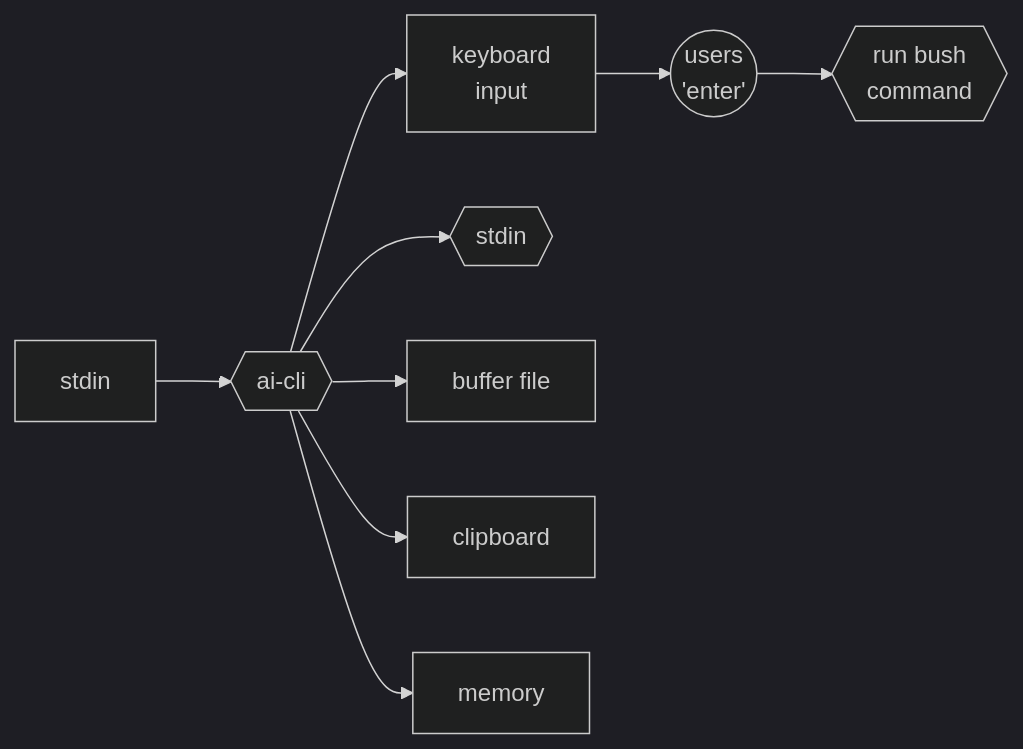
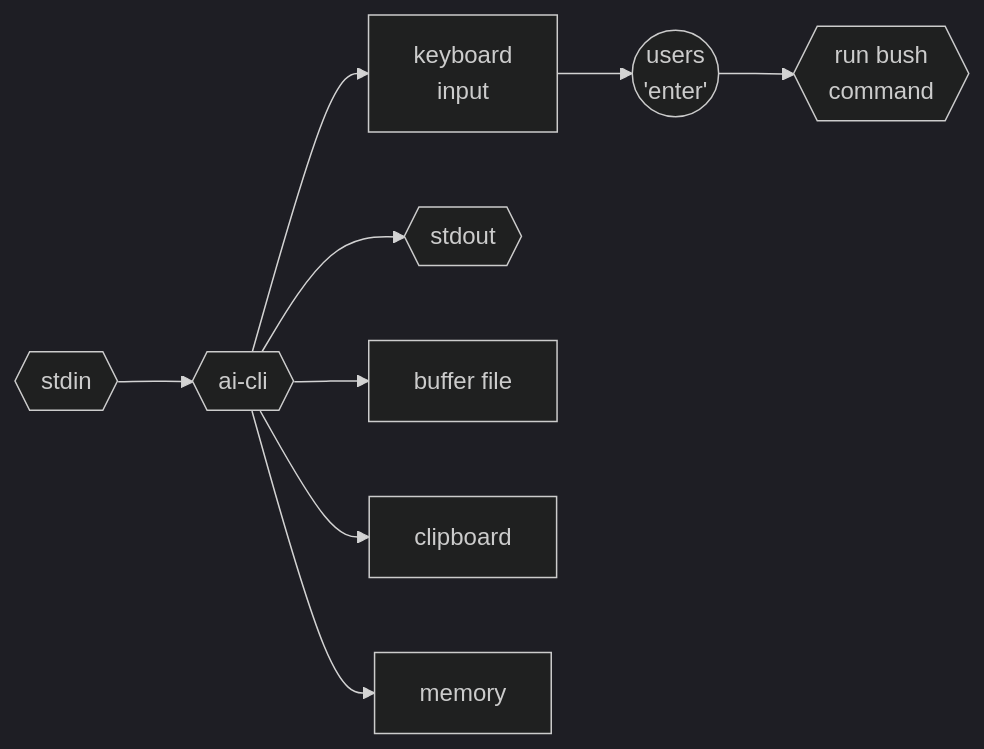
The first of 2 diagrams in README.md (johnthesmith/ai-cli), drawn with Mermaid (dark theme) before and after one commit.

Commit message:
Auto commit

````diff
--- a/README.md
+++ b/README.md
@@ -30,15 +30,16 @@
 ```mermaid
 flowchart LR    
     keyboard[ keyboard \n input ]
-    stdout{{stdin}}
+    stdout{{stdout}}
+    stdin{{stdin}}
     buffer[buffer file] 
     clipboard
     memory
     ai{{ai-cli}}
     bash{{ run bush \n command}}
 
 
     user((users \n 'enter'))
     keyboard --> user --> bash
     stdin --> ai --> keyboard & stdout & memory & buffer & clipboard
 ```
````
